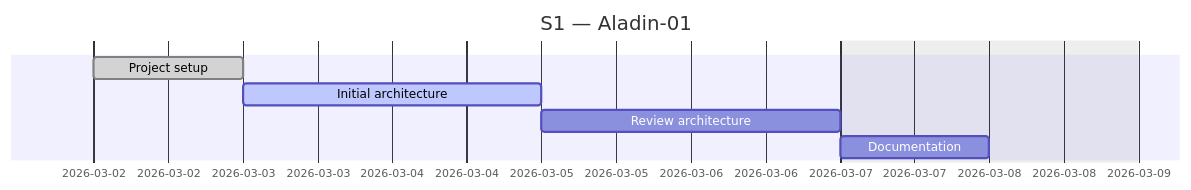
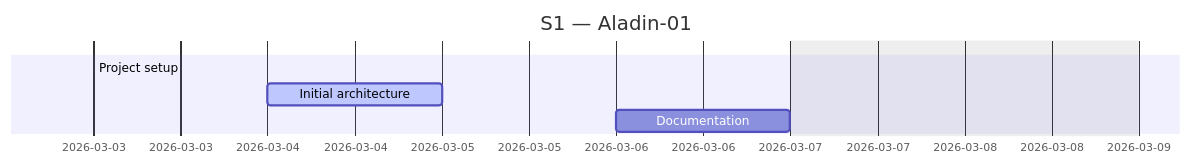
The second of 3 diagrams in docs/_projects/Aladin-01.md (Katty-Fashion/kf-cpto), drawn with Mermaid before and after one commit. The commit also changed other lines of this file and 5 other files, not shown here.

````diff
--- a/docs/_projects/Aladin-01.md
+++ b/docs/_projects/Aladin-01.md
@@ -66,11 +64,10 @@
 ```mermaid
 gantt
     title S1 — Aladin-01
     dateFormat YYYY-MM-DD
     excludes weekends
 
-    Project setup :done, 2026-03-02, 1d
-    Initial architecture :active, 2026-03-03, 2d
-    Review architecture :2026-03-05, 2d
-    Documentation :2026-03-07, 1d
+    Project setup :done, 2026-03-03, 2026-03-03
+    Initial architecture :active, 2026-03-04, 2026-03-05
+    Documentation :2026-03-06, 1d
 ```
````
